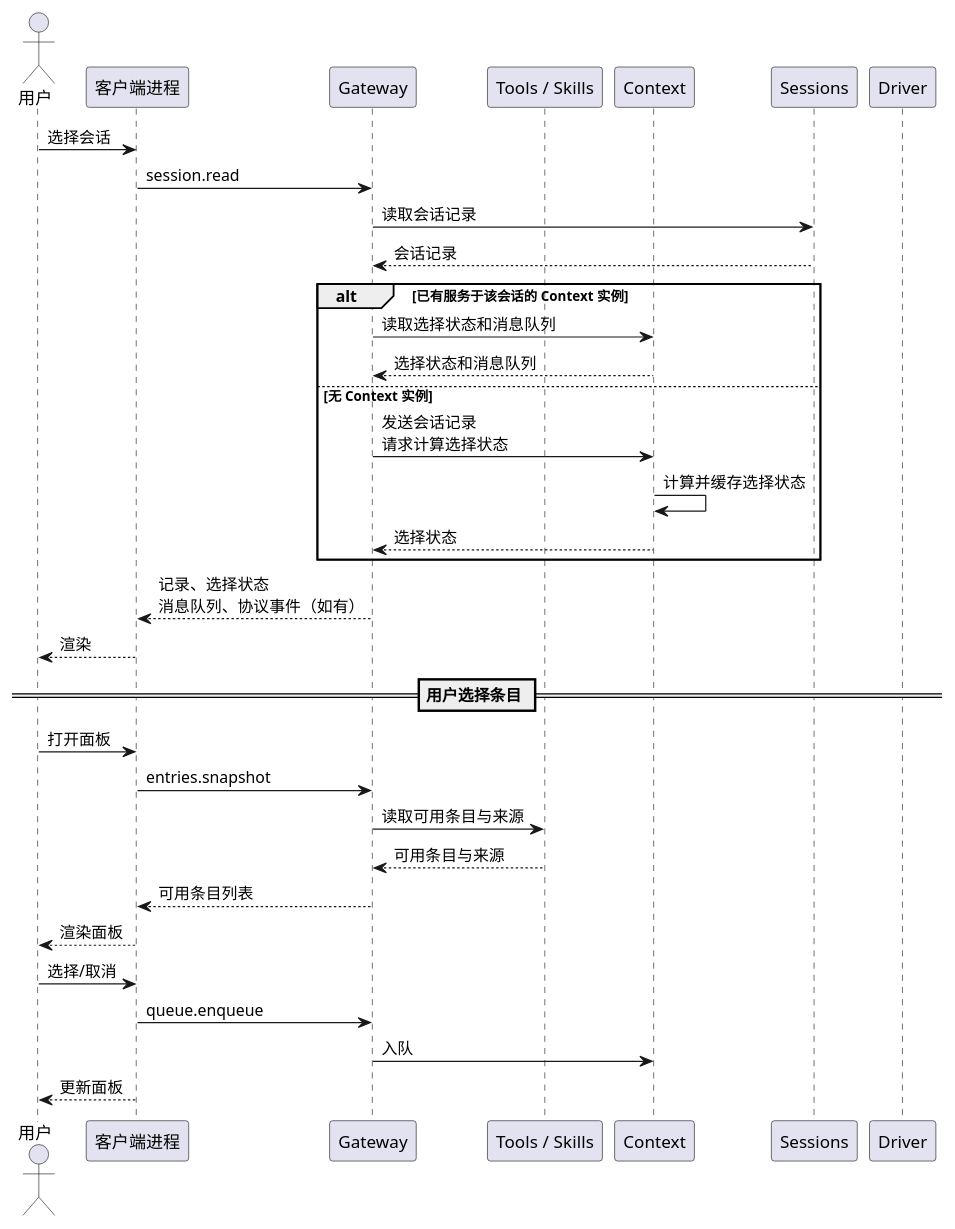
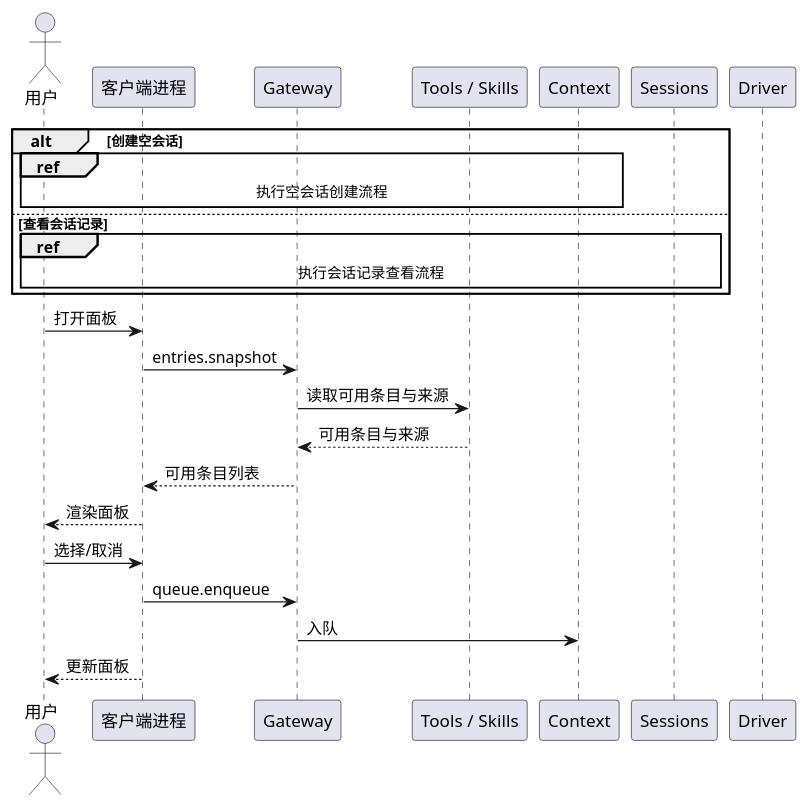
The seventh of 12 diagrams in docs/1 High-Level Design/1 High-Level Design.md (pisciculus0413/Pisces), drawn with PlantUML before and after one commit. The commit also changed other lines of this file, not shown here.

Commit message:
docs: add session.unsubscribe and session creation puml to HLD

````diff
--- a/docs/1 High-Level Design/1 High-Level Design.md
+++ b/docs/1 High-Level Design/1 High-Level Design.md
@@ -512,38 +557,28 @@
 ```plantuml
 @startuml
 actor "用户" as User
 participant "客户端进程" as Client
 participant "Gateway" as Gateway
 participant "Tools / Skills" as Registry
 participant "Context" as Context
 participant "Sessions" as Sessions
 participant "Driver" as Driver
 
-User -> Client : 选择会话
-Client -> Gateway : session.read
-Gateway -> Sessions : 读取会话记录
-Sessions --> Gateway : 会话记录
-alt 已有服务于该会话的 Context 实例
-  Gateway -> Context : 读取选择状态和消息队列
-  Context --> Gateway : 选择状态和消息队列
-else 无 Context 实例
-  Gateway -> Context : 发送会话记录\n请求计算选择状态
-  Context -> Context : 计算并缓存选择状态
-  Context --> Gateway : 选择状态
+alt 创建空会话
+  ref over User, Client, Gateway, Context : 执行空会话创建流程
+else 查看会话记录
+  ref over User, Client, Gateway, Context, Sessions : 执行会话记录查看流程
 end
-Gateway --> Client : 记录、选择状态\n消息队列、协议事件（如有）
-Client --> User : 渲染
 
-== 用户选择条目 ==
 User -> Client : 打开面板
 Client -> Gateway : entries.snapshot
 Gateway -> Registry : 读取可用条目与来源
 Registry --> Gateway : 可用条目与来源
 Gateway --> Client : 可用条目列表
 Client --> User : 渲染面板
 User -> Client : 选择/取消
 Client -> Gateway : queue.enqueue
 Gateway -> Context : 入队
 Client --> User : 更新面板
 @enduml
 ```
````
